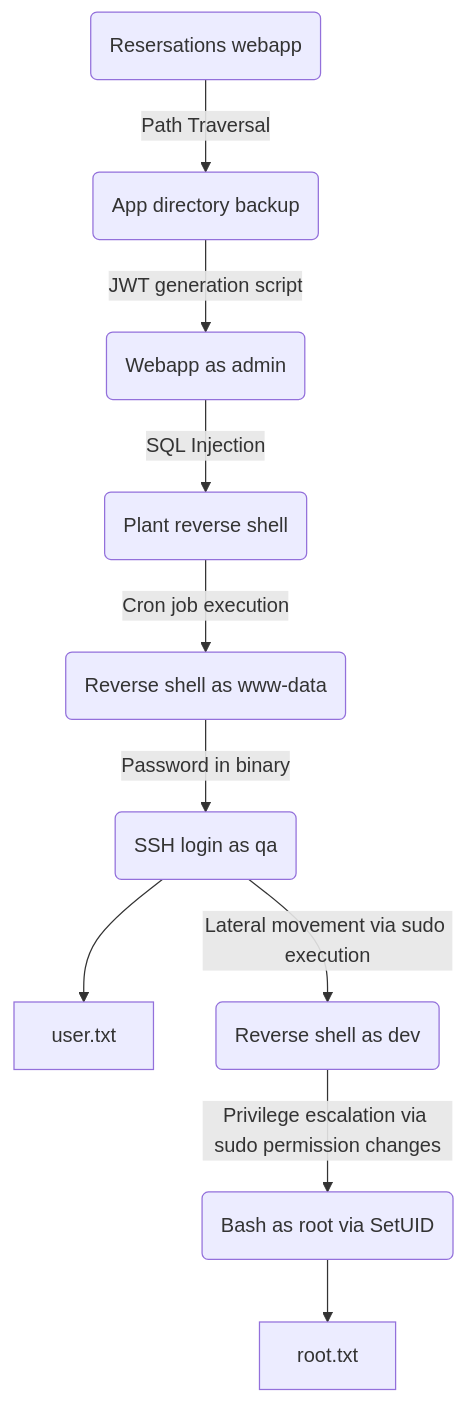
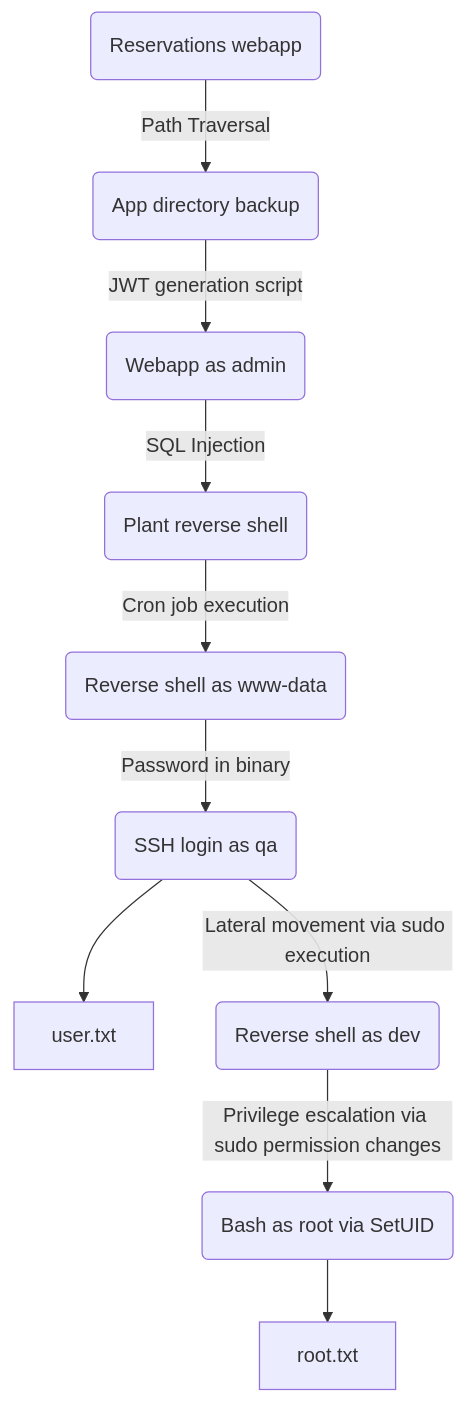
One commit to joetanx/ctf changed the diagram in htb/yummy.md. Above: the diagram before and after it, drawn with Mermaid.

````diff
--- a/htb/yummy.md
+++ b/htb/yummy.md
@@ -993,12 +993,12 @@
 ```mermaid
 flowchart TD
-  A(Resersations webapp) -->|Path Traversal| B(App directory backup)
+  A(Reservations webapp) -->|Path Traversal| B(App directory backup)
   B -->|JWT generation script| C(Webapp as admin)
   C -->|SQL Injection| D(Plant reverse shell)
   D -->|Cron job execution| E(Reverse shell as www-data)
   E -->|Password in binary| G(SSH login as qa)
   G --> G1[user.txt]
   G -->|Lateral movement via sudo execution| H(Reverse shell as dev)
   H -->|Privilege escalation via sudo permission changes| I(Bash as root via SetUID)
   I --> J[root.txt]
 ```
````
